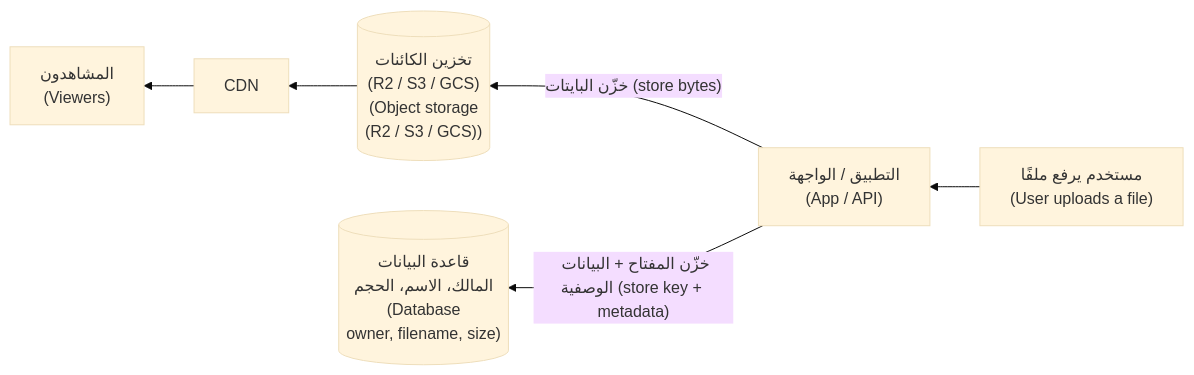
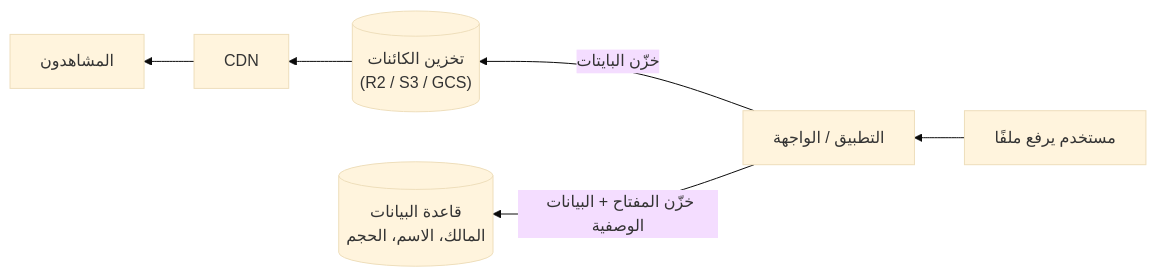
The second of 10 diagrams in modules/02-data-storage-backups/module.ar.md (Tamoura/system-design-for-vibe-coders), drawn with Mermaid (base theme) before and after one commit. The commit also changed other lines of this file and 551 other files, not shown here.

````diff
--- a/modules/02-data-storage-backups/module.ar.md
+++ b/modules/02-data-storage-backups/module.ar.md
@@ -193,7 +193,7 @@
 ```mermaid
 flowchart RL
-    U["مستخدم يرفع ملفًا<br/>(User uploads a file)"] --> API["التطبيق / الواجهة<br/>(App / API)"]
-    API -->|"خزّن البايتات (store bytes)"| OS[("تخزين الكائنات<br/>(R2 / S3 / GCS)<br/>(Object storage<br/>(R2 / S3 / GCS))")]
-    API -->|"خزّن المفتاح + البيانات الوصفية (store key + metadata)"| DB[("قاعدة البيانات<br/>المالك، الاسم، الحجم<br/>(Database<br/>owner, filename, size)")]
-    OS --> CDN["CDN"] --> V["المشاهدون<br/>(Viewers)"]
+    U["مستخدم يرفع ملفًا"] --> API["التطبيق / الواجهة"]
+    API -->|"خزّن البايتات"| OS[("تخزين الكائنات<br/>(R2 / S3 / GCS)")]
+    API -->|"خزّن المفتاح + البيانات الوصفية"| DB[("قاعدة البيانات<br/>المالك، الاسم، الحجم")]
+    OS --> CDN["CDN"] --> V["المشاهدون"]
 ```
````
